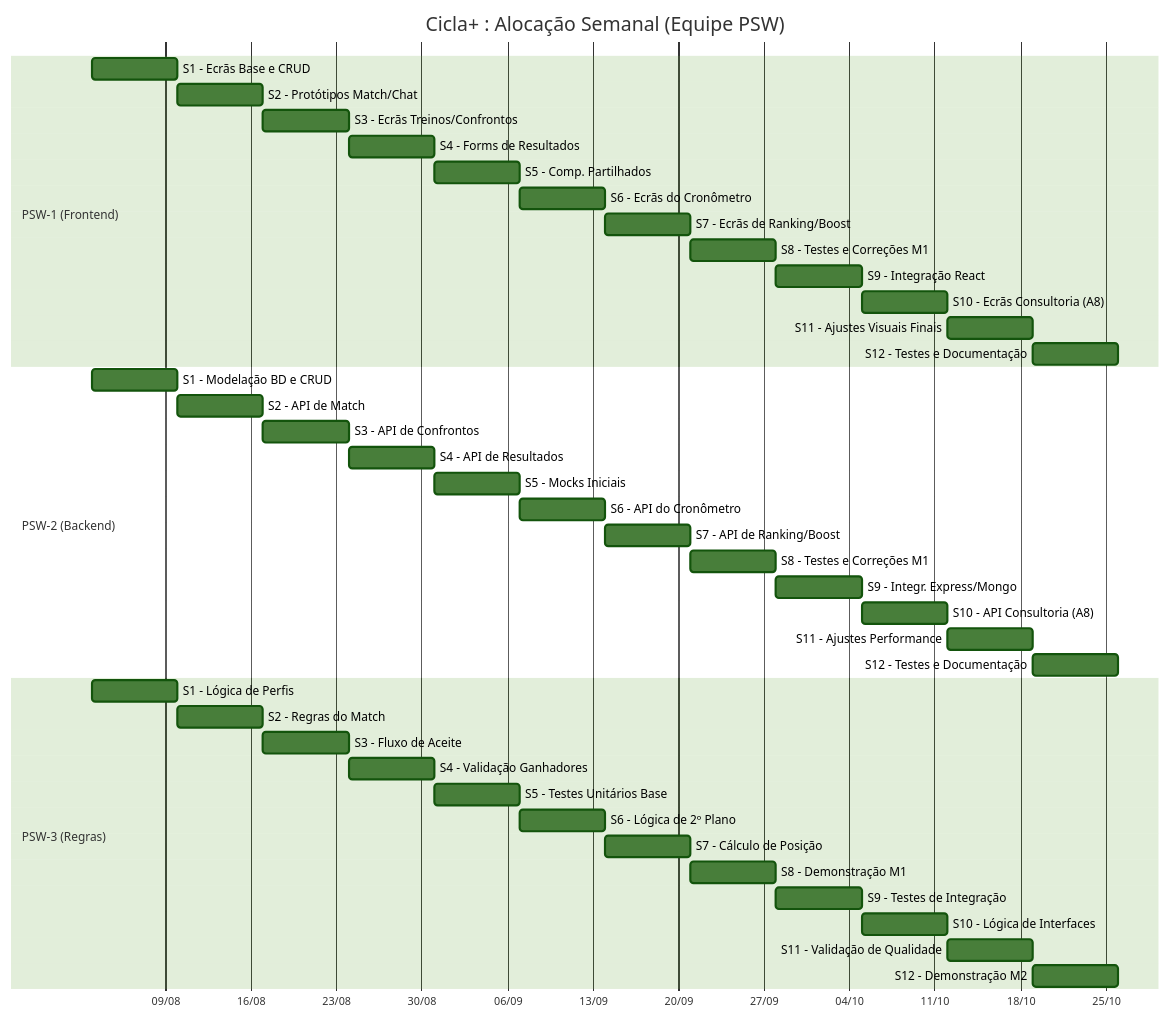
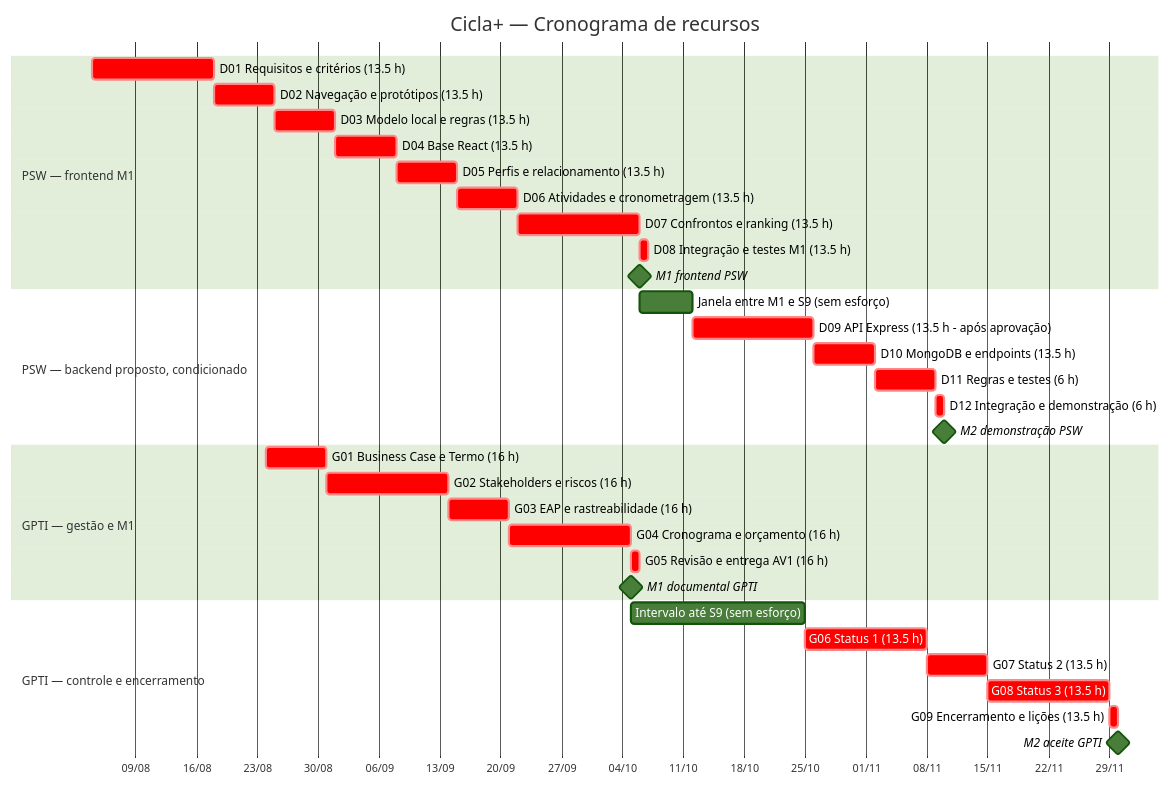
Before and after one commit to cruzPatrick/ciclaPlus: the first of 2 diagrams in docs/plano-projeto1.md, drawn with Mermaid (forest theme). The commit also changed other lines of this file, not shown here.

````diff
--- a/docs/plano-projeto1.md
+++ b/docs/plano-projeto1.md
@@ -159,48 +246,41 @@
 ```mermaid
 gantt
-    title Cicla+ : Alocação Semanal (Equipe PSW)
-    dateFormat  YYYY-MM-DD
-    axisFormat  %d/%m
-    
-    section PSW-1 (Frontend)
-    S1 - Ecrãs Base e CRUD       :2026-08-03, 7d
-    S2 - Protótipos Match/Chat   :2026-08-10, 7d
-    S3 - Ecrãs Treinos/Confrontos:2026-08-17, 7d
-    S4 - Forms de Resultados     :2026-08-24, 7d
-    S5 - Comp. Partilhados       :2026-08-31, 7d
-    S6 - Ecrãs do Cronômetro     :2026-09-07, 7d
-    S7 - Ecrãs de Ranking/Boost  :2026-09-14, 7d
-    S8 - Testes e Correções M1   :2026-09-21, 7d
-    S9 - Integração React        :2026-09-28, 7d
-    S10 - Ecrãs Consultoria (A8) :2026-10-05, 7d
-    S11 - Ajustes Visuais Finais :2026-10-12, 7d
-    S12 - Testes e Documentação  :2026-10-19, 7d
-    
-    section PSW-2 (Backend)
-    S1 - Modelação BD e CRUD     :2026-08-03, 7d
-    S2 - API de Match            :2026-08-10, 7d
-    S3 - API de Confrontos       :2026-08-17, 7d
-    S4 - API de Resultados       :2026-08-24, 7d
-    S5 - Mocks Iniciais          :2026-08-31, 7d
-    S6 - API do Cronômetro       :2026-09-07, 7d
-    S7 - API de Ranking/Boost    :2026-09-14, 7d
-    S8 - Testes e Correções M1   :2026-09-21, 7d
-    S9 - Integr. Express/Mongo   :2026-09-28, 7d
-    S10 - API Consultoria (A8)   :2026-10-05, 7d
-    S11 - Ajustes Performance    :2026-10-12, 7d
-    S12 - Testes e Documentação  :2026-10-19, 7d
-    
-    section PSW-3 (Regras)
-    S1 - Lógica de Perfis        :2026-08-03, 7d
-    S2 - Regras do Match         :2026-08-10, 7d
-    S3 - Fluxo de Aceite         :2026-08-17, 7d
-    S4 - Validação Ganhadores    :2026-08-24, 7d
-    S5 - Testes Unitários Base   :2026-08-31, 7d
-    S6 - Lógica de 2º Plano      :2026-09-07, 7d
-    S7 - Cálculo de Posição      :2026-09-14, 7d
-    S8 - Demonstração M1         :2026-09-21, 7d
-    S9 - Testes de Integração    :2026-09-28, 7d
-    S10 - Lógica de Interfaces   :2026-10-05, 7d
-    S11 - Validação de Qualidade :2026-10-12, 7d
-    S12 - Demonstração M2        :2026-10-19, 7d
+    title Cicla+ — Cronograma de recursos
+    dateFormat YYYY-MM-DD
+    axisFormat %d/%m
+
+    section PSW — frontend M1
+    D01 Requisitos e critérios (13.5 h) :crit, d01, 2026-08-04, 14d
+    D02 Navegação e protótipos (13.5 h) :crit, d02, after d01, 7d
+    D03 Modelo local e regras (13.5 h) :crit, d03, after d02, 7d
+    D04 Base React (13.5 h) :crit, d04, after d03, 7d
+    D05 Perfis e relacionamento (13.5 h) :crit, d05, after d04, 7d
+    D06 Atividades e cronometragem (13.5 h) :crit, d06, after d05, 7d
+    D07 Confrontos e ranking (13.5 h) :crit, d07, after d06, 14d
+    D08 Integração e testes M1 (13.5 h) :crit, d08, after d07, 1d
+    M1 frontend PSW :milestone, m1psw, 2026-10-06, 0d
+
+    section PSW — backend proposto, condicionado
+    Janela entre M1 e S9 (sem esforço) :waitpsw, after m1psw, 6d
+    D09 API Express (13.5 h - após aprovação) :crit, d09, after waitpsw, 14d
+    D10 MongoDB e endpoints (13.5 h) :crit, d10, after d09, 7d
+    D11 Regras e testes (6 h) :crit, d11, after d10, 7d
+    D12 Integração e demonstração (6 h) :crit, d12, after d11, 1d
+    M2 demonstração PSW :milestone, m2psw, 2026-11-10, 0d
+
+    section GPTI — gestão e M1
+    G01 Business Case e Termo (16 h) :crit, g01, 2026-08-24, 7d
+    G02 Stakeholders e riscos (16 h) :crit, g02, after g01, 14d
+    G03 EAP e rastreabilidade (16 h) :crit, g03, after g02, 7d
+    G04 Cronograma e orçamento (16 h) :crit, g04, after g03, 14d
+    G05 Revisão e entrega AV1 (16 h) :crit, g05, after g04, 1d
+    M1 documental GPTI :milestone, m1gpti, 2026-10-05, 0d
+
+    section GPTI — controle e encerramento
+    Intervalo até S9 (sem esforço) :waitgpti, after m1gpti, 20d
+    G06 Status 1 (13.5 h) :crit, g06, after waitgpti, 14d
+    G07 Status 2 (13.5 h) :crit, g07, after g06, 7d
+    G08 Status 3 (13.5 h) :crit, g08, after g07, 14d
+    G09 Encerramento e lições (13.5 h) :crit, g09, after g08 m2psw, 1d
+    M2 aceite GPTI :milestone, m2gpti, 2026-11-30, 0d
 ```
````
